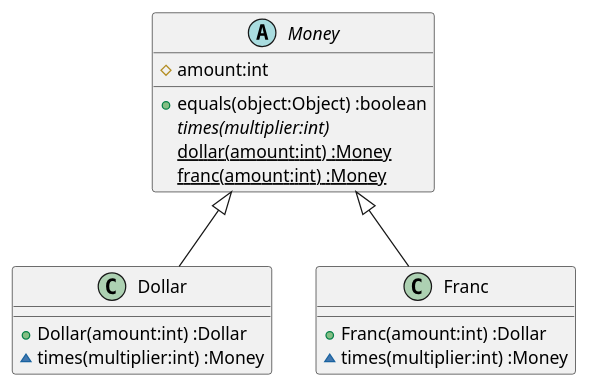
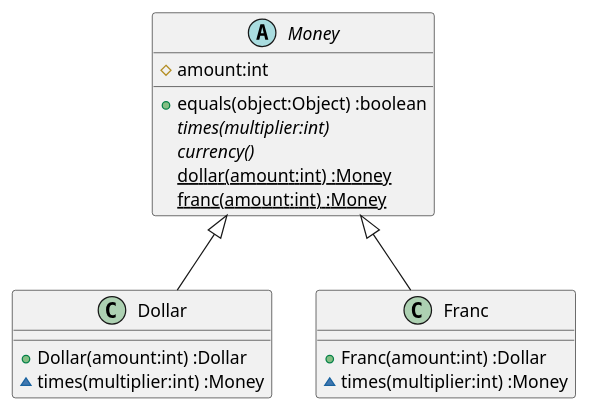
Before and after one commit to k2works/etude_for_java: the diagram in docs/src/TDD.md, drawn with PlantUML. The commit also changed 4 other files, not shown here.

````diff
--- a/docs/src/TDD.md
+++ b/docs/src/TDD.md
@@ -62,19 +62,20 @@
 ```puml
 class Dollar {
   +Dollar(amount:int) :Dollar
   ~times(multiplier:int) :Money
 }
 class Franc {
   +Franc(amount:int) :Dollar
   ~times(multiplier:int) :Money
 }
 abstract Money {
   #amount:int
   +equals(object:Object) :boolean  
   {abstract} times(multiplier:int)
+  {abstract} currency()
   {static} dollar(amount:int) :Money
   {static} franc(amount:int) :Money  
 }
 Money <|-- Dollar
 Money <|-- Franc
 ```
````
